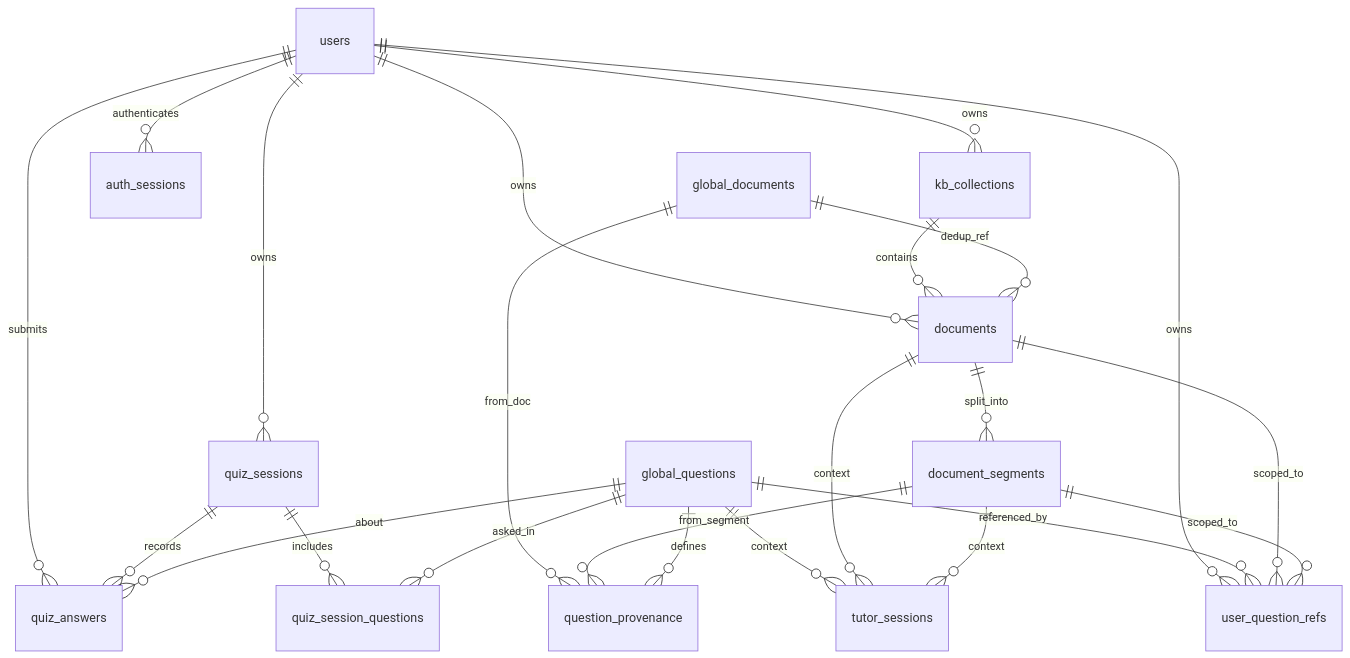
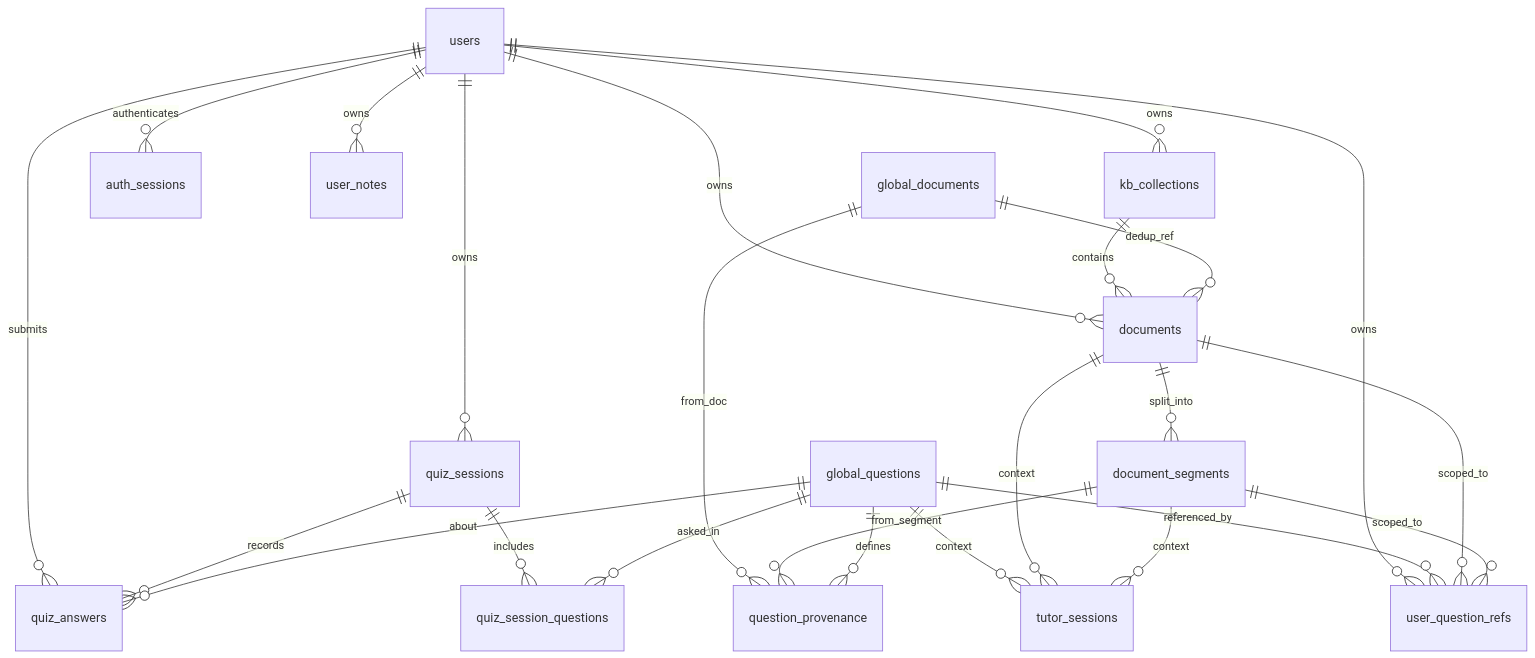
One commit to pfx43/zhixu-backend changed the diagram in zhishi-master/backend/docs/DATABASE.md. Above: the diagram before and after it, drawn with Mermaid. The commit also changed other lines of this file and 8 other files, not shown here.

````diff
--- a/zhishi-master/backend/docs/DATABASE.md
+++ b/zhishi-master/backend/docs/DATABASE.md
@@ -41,31 +41,32 @@
 ```mermaid
 erDiagram
     users ||--o{ kb_collections : owns
     users ||--o{ documents : owns
     users ||--o{ user_question_refs : owns
     users ||--o{ quiz_sessions : owns
     users ||--o{ quiz_answers : submits
     users ||--o{ auth_sessions : authenticates
+    users ||--o{ user_notes : owns
 
     kb_collections ||--o{ documents : contains
 
     global_documents ||--o{ documents : dedup_ref
     documents ||--o{ document_segments : split_into
 
     global_documents ||--o{ question_provenance : from_doc
     document_segments ||--o{ question_provenance : from_segment
     global_questions ||--o{ question_provenance : defines
     global_questions ||--o{ user_question_refs : referenced_by
 
     documents ||--o{ user_question_refs : scoped_to
     document_segments ||--o{ user_question_refs : scoped_to
 
     quiz_sessions ||--o{ quiz_session_questions : includes
     global_questions ||--o{ quiz_session_questions : asked_in
     quiz_sessions ||--o{ quiz_answers : records
     global_questions ||--o{ quiz_answers : about
 
     global_questions ||--o{ tutor_sessions : context
     documents ||--o{ tutor_sessions : context
     document_segments ||--o{ tutor_sessions : context
 ```
````
